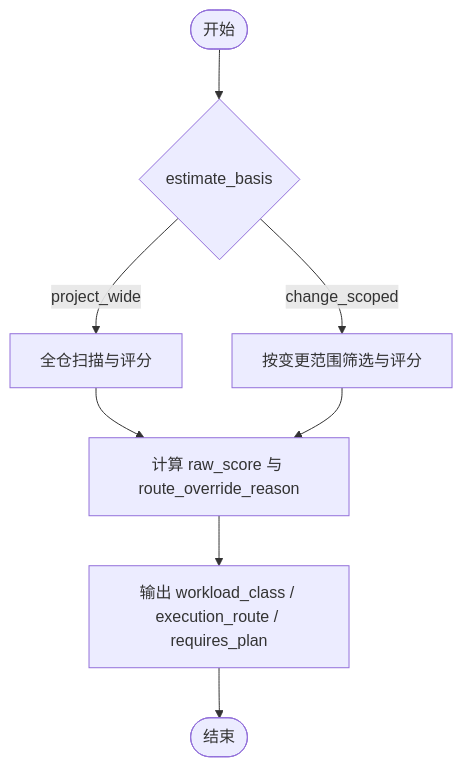
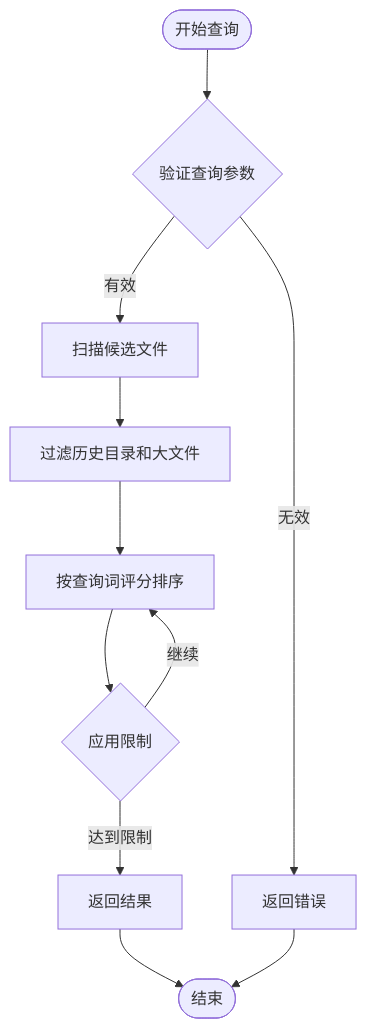
Before and after one commit to HackSing/docs-harness: the third of 4 diagrams in .qoder/repowiki/zh/content/核心概念/知识图谱系统/知识图谱系统.md, drawn with Mermaid. The commit also changed other lines of this file and 42 other files, not shown here.

````diff
--- a/.qoder/repowiki/zh/content/核心概念/知识图谱系统/知识图谱系统.md
+++ b/.qoder/repowiki/zh/content/核心概念/知识图谱系统/知识图谱系统.md
@@ -273,10 +123,13 @@
 ```mermaid
 flowchart TD
-Start(["开始"]) --> Basis{"estimate_basis"}
-Basis --> |project_wide| FullScan["全仓扫描与评分"]
-Basis --> |change_scoped| Scoped["按变更范围筛选与评分"]
-FullScan --> Route["计算 raw_score 与 route_override_reason"]
-Scoped --> Route
-Route --> Output["输出 workload_class / execution_route / requires_plan"]
-Output --> End(["结束"])
+Start(["开始查询"]) --> Validate{"验证查询参数"}
+Validate --> |有效| Scan["扫描候选文件"]
+Validate --> |无效| Error["返回错误"]
+Scan --> Filter["过滤历史目录和大文件"]
+Filter --> Score["按查询词评分排序"]
+Score --> Limit{"应用限制"}
+Limit --> |达到限制| Return["返回结果"]
+Limit --> |继续| Score
+Return --> End(["结束"])
+Error --> End
 ```
````
